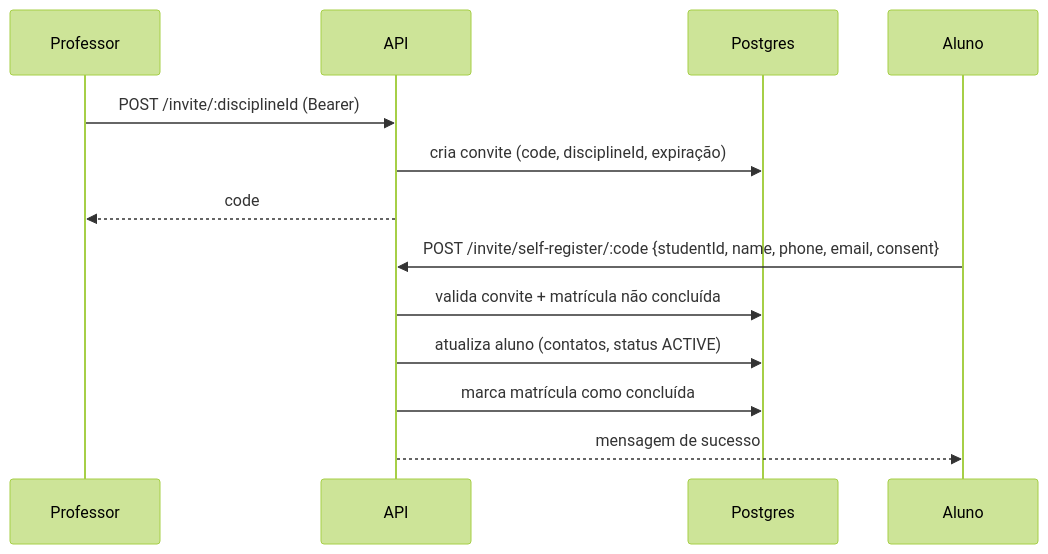
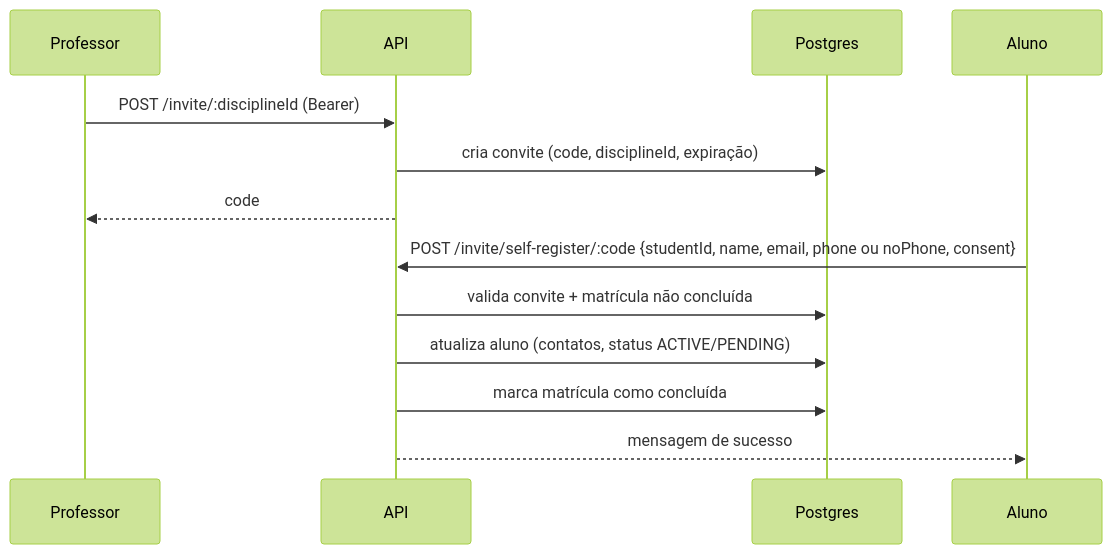
One commit to ThalysSilva/unicast-backend changed the second of 9 diagrams in README.md. Above: the diagram before and after it, drawn with Mermaid (forest theme). The commit also changed other lines of this file, not shown here.

````diff
--- a/README.md
+++ b/README.md
@@ -271,16 +271,16 @@
 ```mermaid
 sequenceDiagram
     participant Professor
     participant API
     participant DB as Postgres
     participant Aluno
 
     Professor->>API: POST /invite/:disciplineId (Bearer)
     API->>DB: cria convite (code, disciplineId, expiração)
     API-->>Professor: code
-    Aluno->>API: POST /invite/self-register/:code {studentId, name, phone, email, consent}
+    Aluno->>API: POST /invite/self-register/:code {studentId, name, email, phone ou noPhone, consent}
     API->>DB: valida convite + matrícula não concluída
-    API->>DB: atualiza aluno (contatos, status ACTIVE)
+    API->>DB: atualiza aluno (contatos, status ACTIVE/PENDING)
     API->>DB: marca matrícula como concluída
     API-->>Aluno: mensagem de sucesso
 ```
````
